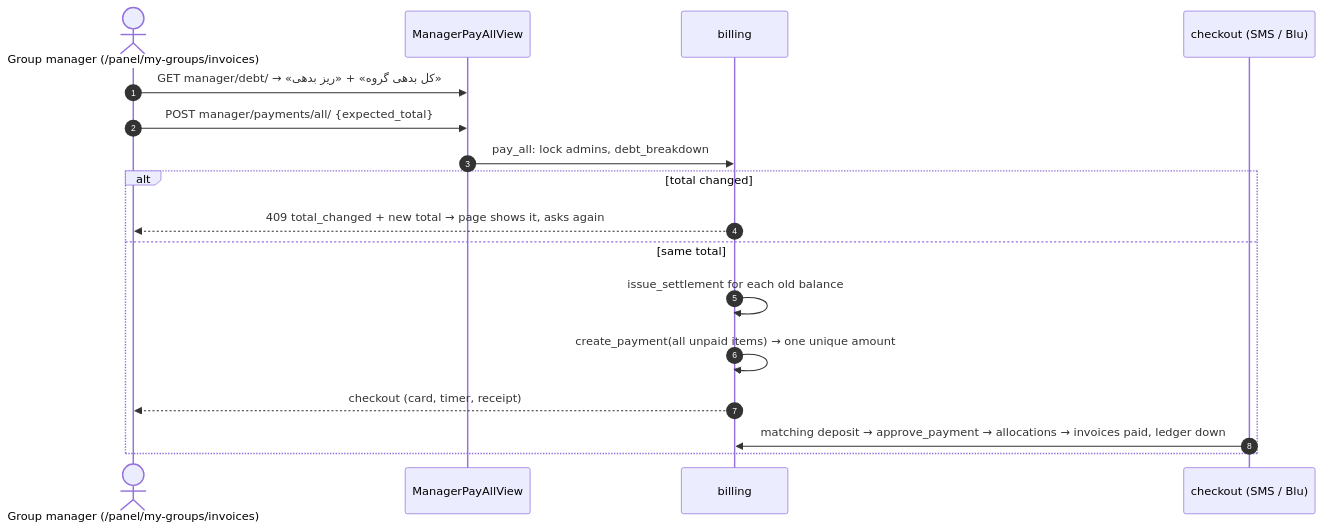
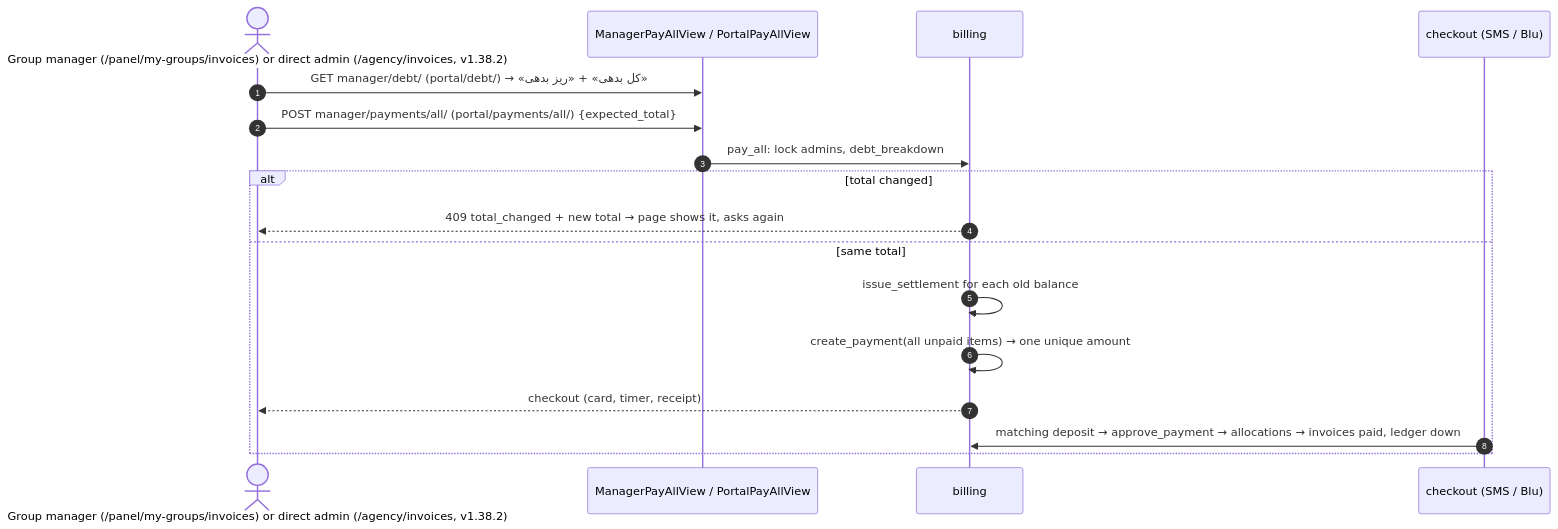
Before and after one commit to santiyagoburcart/caspintunel: diagram 20 of 36 in docs/flows.md, drawn with Mermaid. The commit also changed 26 other files, not shown here.

First line of the commit message:
release: v1.38.2 — /agency/ portal sections, bell, pay the whole debt

````diff
--- a/docs/flows.md
+++ b/docs/flows.md
@@ -726,20 +726,20 @@
 ```mermaid
 sequenceDiagram
     autonumber
-    actor G as Group manager (/panel/my-groups/invoices)
-    participant V as ManagerPayAllView
+    actor G as Group manager (/panel/my-groups/invoices) or direct admin (/agency/invoices, v1.38.2)
+    participant V as ManagerPayAllView / PortalPayAllView
     participant B as billing
     participant P as checkout (SMS / Blu)
 
-    G->>V: GET manager/debt/ → «کل بدهی گروه» + «ریز بدهی»
-    G->>V: POST manager/payments/all/ {expected_total}
+    G->>V: GET manager/debt/ (portal/debt/) → «کل بدهی» + «ریز بدهی»
+    G->>V: POST manager/payments/all/ (portal/payments/all/) {expected_total}
     V->>B: pay_all: lock admins, debt_breakdown
     alt total changed
         B-->>G: 409 total_changed + new total → page shows it, asks again
     else same total
         B->>B: issue_settlement for each old balance
         B->>B: create_payment(all unpaid items) → one unique amount
         B-->>G: checkout (card, timer, receipt)
         P->>B: matching deposit → approve_payment → allocations → invoices paid, ledger down
     end
 ```
````
